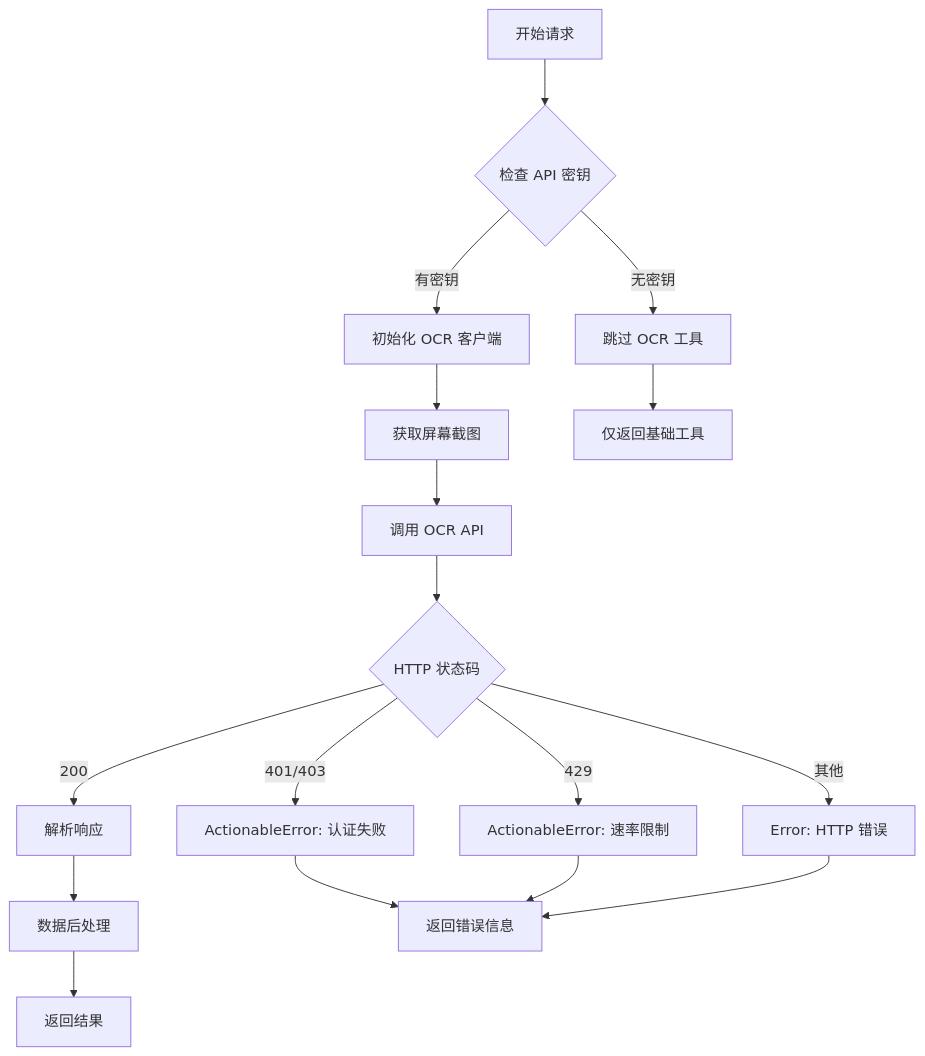
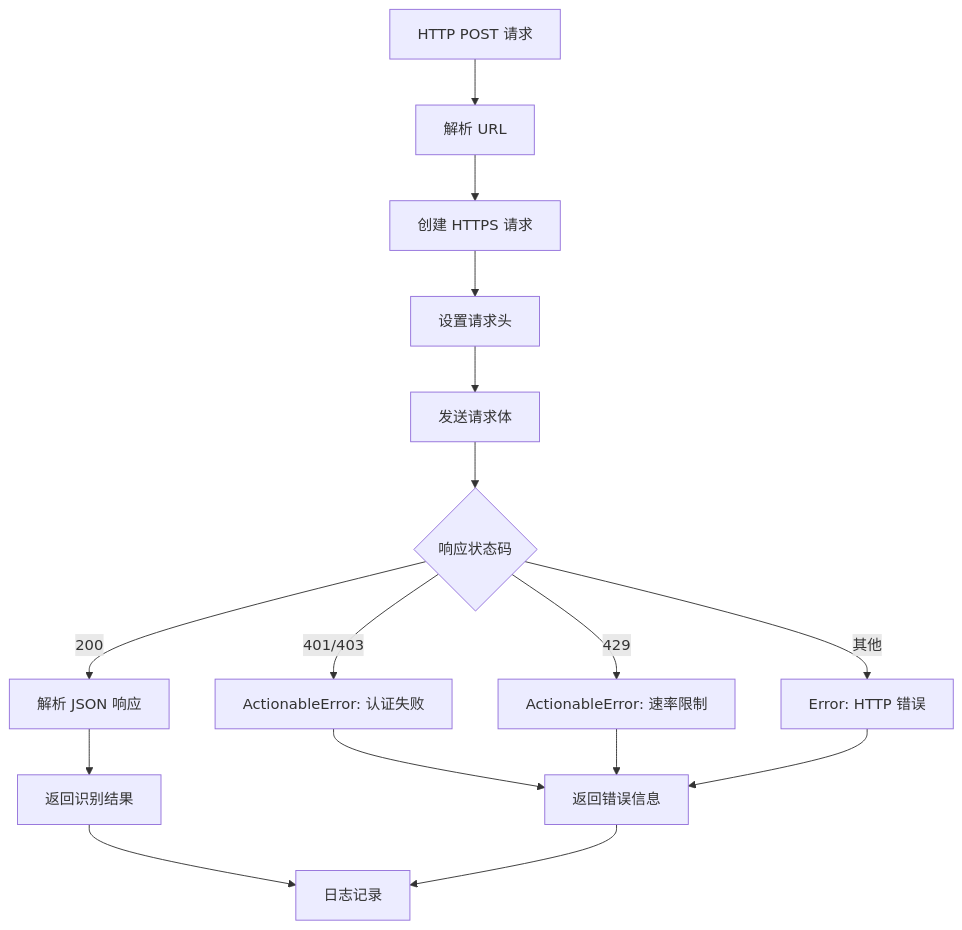
One commit to zedomi/mobile-mcp-hmos changed the seventh of 11 diagrams in .qoder/repowiki/zh/content/MCP 工具参考/屏幕交互工具/GLM-OCR 集成.md. Above: the diagram before and after it, drawn with Mermaid. The commit also changed other lines of this file and 3 other files, not shown here.

````diff
--- a/.qoder/repowiki/zh/content/MCP 工具参考/屏幕交互工具/GLM-OCR 集成.md
+++ b/.qoder/repowiki/zh/content/MCP 工具参考/屏幕交互工具/GLM-OCR 集成.md
@@ -271,19 +286,18 @@
 ```mermaid
 flowchart TD
-A[开始请求] --> B{检查 API 密钥}
-B --> |无密钥| C[跳过 OCR 工具]
-B --> |有密钥| D[初始化 OCR 客户端]
-D --> E[获取屏幕截图]
-E --> F[调用 OCR API]
-F --> G{HTTP 状态码}
-G --> |200| H[解析响应]
-G --> |401/403| I[ActionableError: 认证失败]
-G --> |429| J[ActionableError: 速率限制]
-G --> |其他| K[Error: HTTP 错误]
-H --> L[数据后处理]
-L --> M[返回结果]
-I --> N[返回错误信息]
-J --> N
-K --> N
-C --> O[仅返回基础工具]
+A[HTTP POST 请求] --> B[解析 URL]
+B --> C[创建 HTTPS 请求]
+C --> D[设置请求头]
+D --> E[发送请求体]
+E --> F{响应状态码}
+F --> |200| G[解析 JSON 响应]
+F --> |401/403| H[ActionableError: 认证失败]
+F --> |429| I[ActionableError: 速率限制]
+F --> |其他| J[Error: HTTP 错误]
+G --> K[返回识别结果]
+H --> L[返回错误信息]
+I --> L
+J --> L
+K --> M[日志记录]
+L --> M
 ```
````
